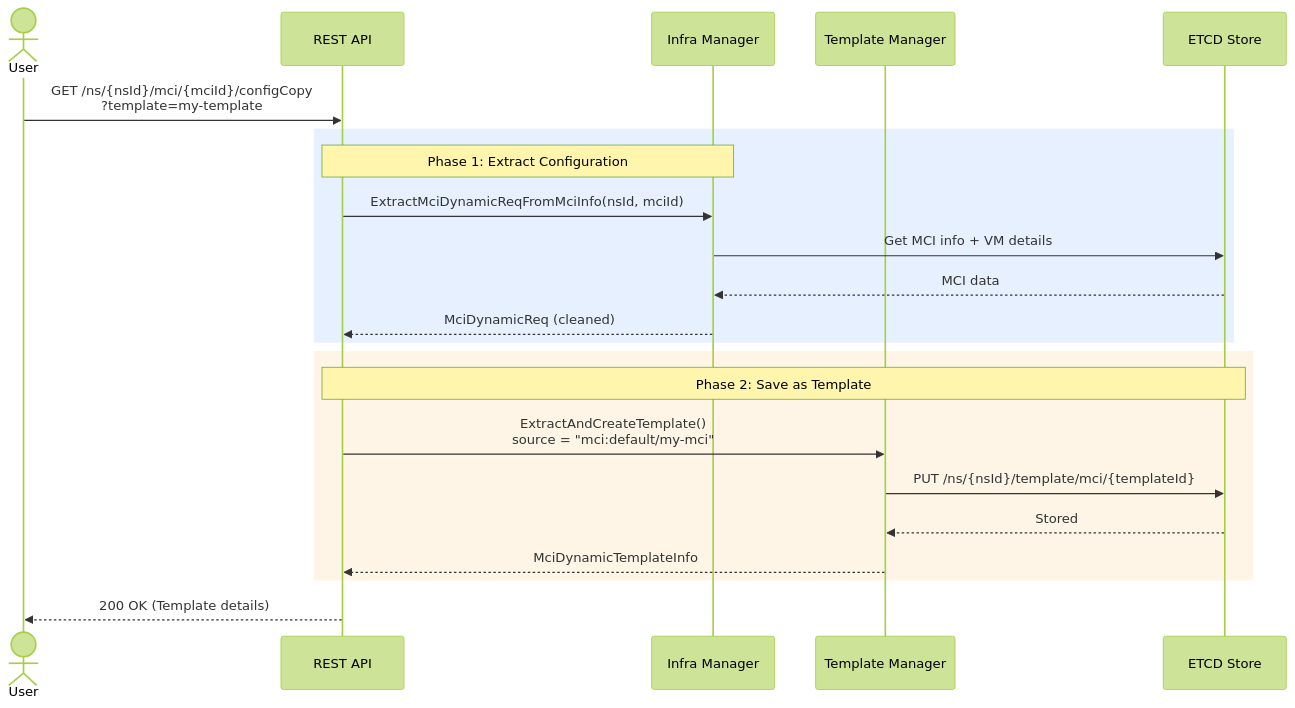
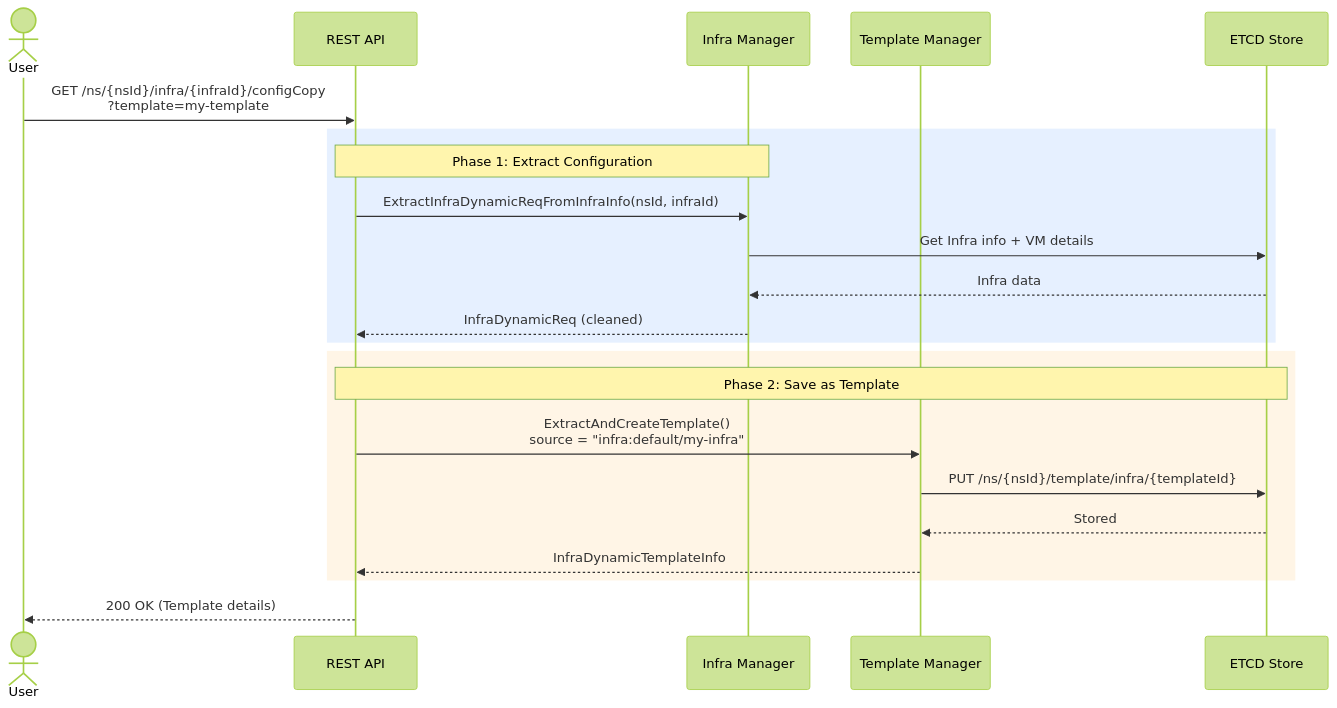
One commit to cloud-barista/cb-tumblebug changed the third of 5 diagrams in docs/feature_guide/resource-template-management.md. Above: the diagram before and after it, drawn with Mermaid (forest theme). The commit also changed other lines of this file and 197 other files, not shown here.

````diff
--- a/docs/feature_guide/resource-template-management.md
+++ b/docs/feature_guide/resource-template-management.md
@@ -212,28 +212,28 @@
 ```mermaid
 sequenceDiagram
     actor User
     participant API as REST API
     participant Infra as Infra Manager
     participant TplMgr as Template Manager
     participant ETCD as ETCD Store
 
-    User->>API: GET /ns/{nsId}/mci/{mciId}/configCopy<br/>?template=my-template
+    User->>API: GET /ns/{nsId}/infra/{infraId}/configCopy<br/>?template=my-template
 
     rect rgb(230, 240, 255)
         Note over API,Infra: Phase 1: Extract Configuration
-        API->>Infra: ExtractMciDynamicReqFromMciInfo(nsId, mciId)
-        Infra->>ETCD: Get MCI info + VM details
-        ETCD-->>Infra: MCI data
-        Infra-->>API: MciDynamicReq (cleaned)
+        API->>Infra: ExtractInfraDynamicReqFromInfraInfo(nsId, infraId)
+        Infra->>ETCD: Get Infra info + VM details
+        ETCD-->>Infra: Infra data
+        Infra-->>API: InfraDynamicReq (cleaned)
     end
 
     rect rgb(255, 245, 230)
         Note over API,ETCD: Phase 2: Save as Template
-        API->>TplMgr: ExtractAndCreateTemplate()<br/>source = "mci:default/my-mci"
-        TplMgr->>ETCD: PUT /ns/{nsId}/template/mci/{templateId}
+        API->>TplMgr: ExtractAndCreateTemplate()<br/>source = "infra:default/my-infra"
+        TplMgr->>ETCD: PUT /ns/{nsId}/template/infra/{templateId}
         ETCD-->>TplMgr: Stored
-        TplMgr-->>API: MciDynamicTemplateInfo
+        TplMgr-->>API: InfraDynamicTemplateInfo
     end
 
     API-->>User: 200 OK (Template details)
 ```
````
